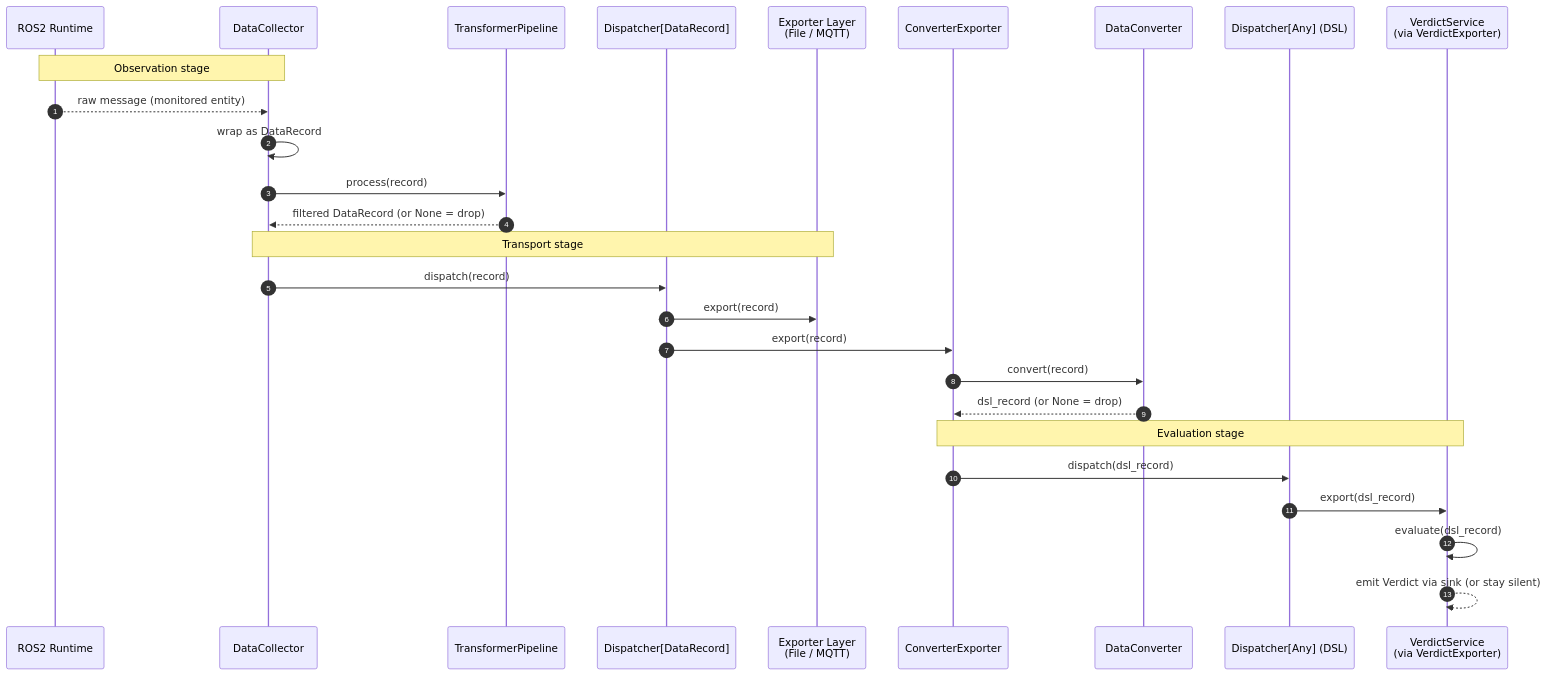
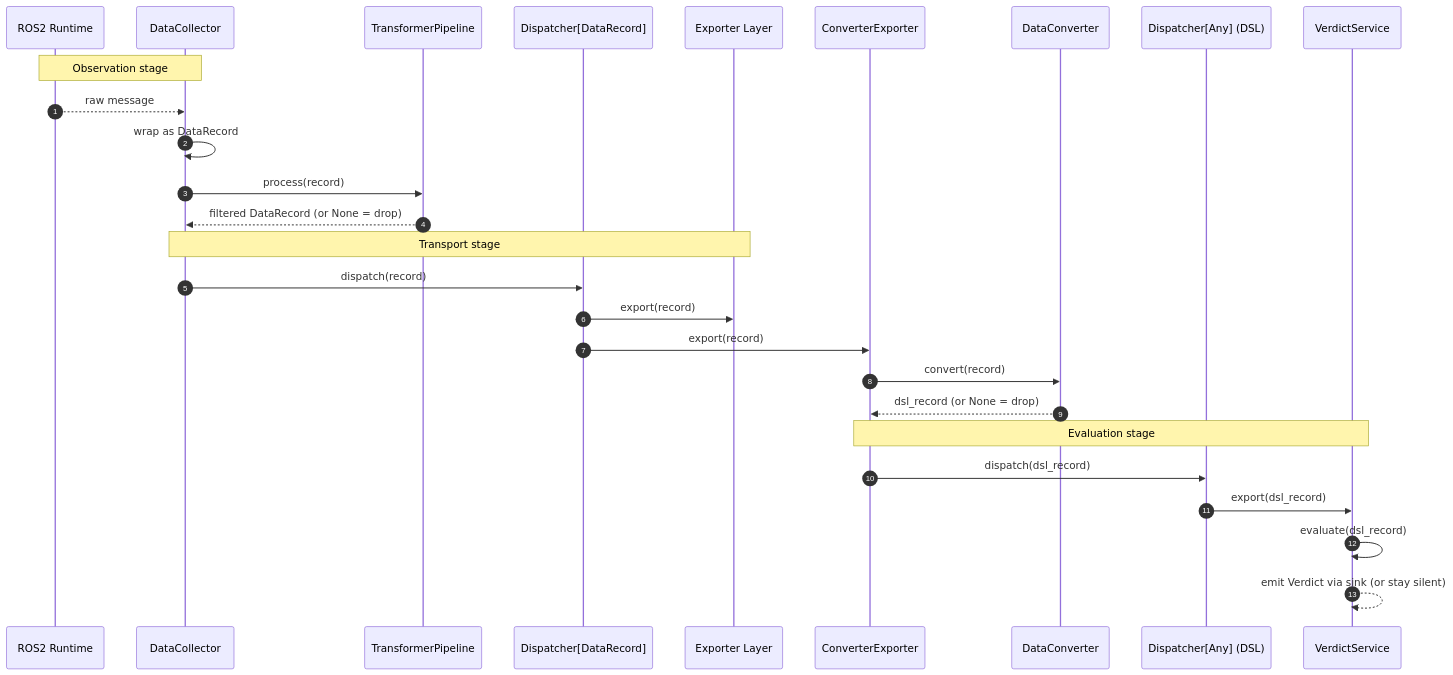
One commit to Jin-Shikai/ROS2-Monitor-Infra changed the diagram in docs/sequence_diagrams/dataflow.mermaid. Above: the diagram before and after it, drawn with Mermaid. The commit also changed 1 other file, not shown here.

Commit message:
add converter layer to sequence diagram

```diff
--- a/docs/sequence_diagrams/dataflow.mermaid
+++ b/docs/sequence_diagrams/dataflow.mermaid
@@ -1,30 +1,30 @@
 sequenceDiagram
     autonumber
     participant ROS as ROS2 Runtime
     participant DC as DataCollector
     participant TP as TransformerPipeline
     participant ED1 as Dispatcher[DataRecord]
-    participant EXP as Exporter Layer<br/>(File / MQTT)
+    participant EXP as Exporter Layer
     participant CE as ConverterExporter
     participant CV as DataConverter
     participant ED2 as Dispatcher[Any] (DSL)
-    participant VS as VerdictService<br/>(via VerdictExporter)
+    participant VS as VerdictService
 
     Note over ROS,DC: Observation stage
-    ROS-->>DC: raw message (monitored entity)
+    ROS-->>DC: raw message 
     DC->>DC: wrap as DataRecord
     DC->>TP: process(record)
     TP-->>DC: filtered DataRecord (or None = drop)
 
     Note over DC,EXP: Transport stage
     DC->>ED1: dispatch(record)
     ED1->>EXP: export(record)
     ED1->>CE: export(record)
     CE->>CV: convert(record)
     CV-->>CE: dsl_record (or None = drop)
 
     Note over CE,VS: Evaluation stage
     CE->>ED2: dispatch(dsl_record)
     ED2->>VS: export(dsl_record)
     VS->>VS: evaluate(dsl_record)
     VS-->>VS: emit Verdict via sink (or stay silent)
```
